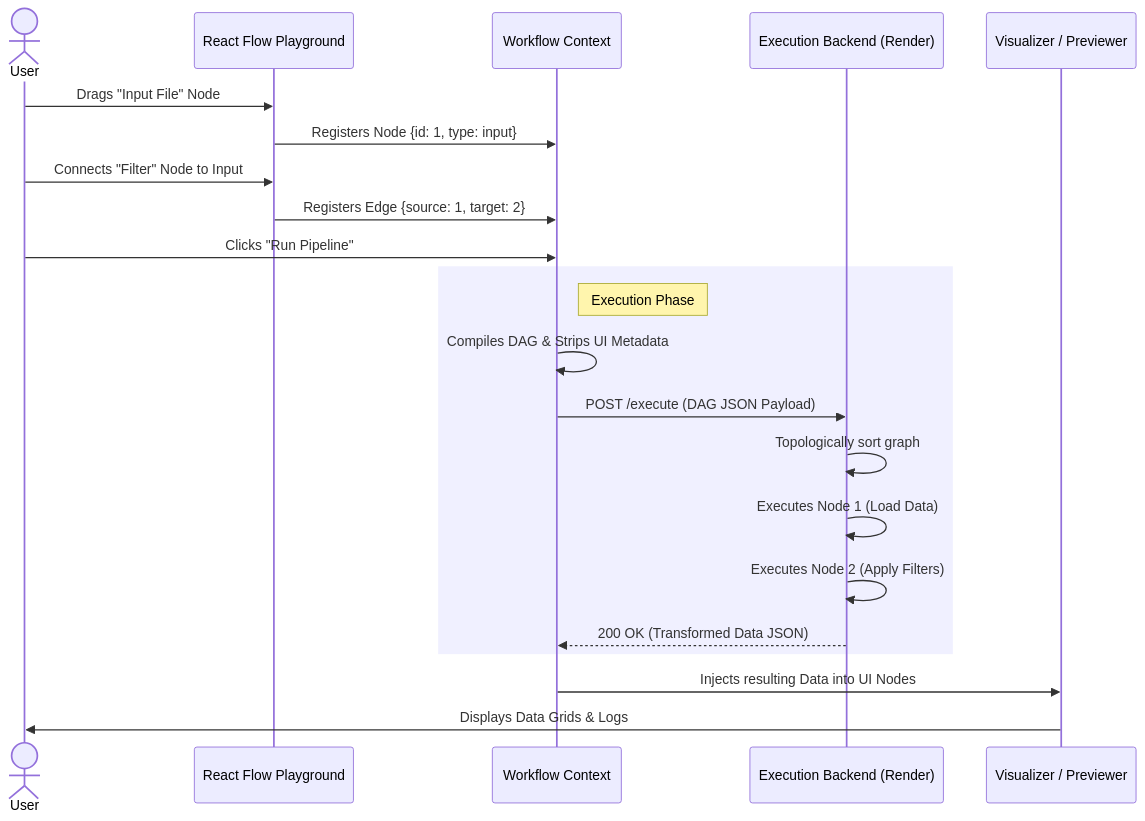
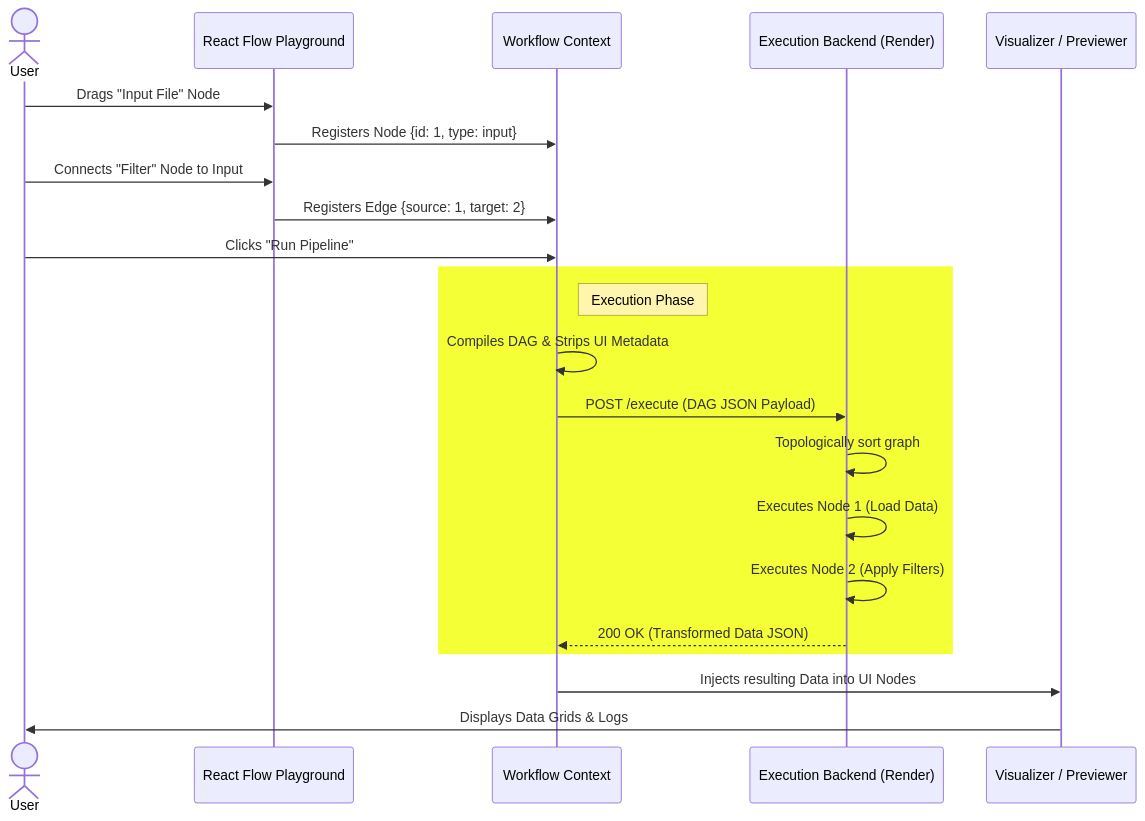
Before and after one commit to Luckyhunt/ETL-Workflow-Creator-using-Node-Based-Visual-Programming: the third of 8 diagrams in README.md, drawn with Mermaid.

Commit message:
updated color

````diff
--- a/README.md
+++ b/README.md
@@ -82,27 +82,27 @@
 ```mermaid
 sequenceDiagram
     actor User
     participant Canvas as React Flow Playground
     participant State as Workflow Context
     participant Engine as Execution Backend (Render)
     participant Output as Visualizer / Previewer
 
     User->>Canvas: Drags "Input File" Node
     Canvas->>State: Registers Node {id: 1, type: input}
     User->>Canvas: Connects "Filter" Node to Input
     Canvas->>State: Registers Edge {source: 1, target: 2}
     User->>State: Clicks "Run Pipeline"
     
-    rect rgb(240, 240, 255)
+    rect rgba(245, 255, 54, 1)
     note right of State: Execution Phase
     State->>State: Compiles DAG & Strips UI Metadata
     State->>Engine: POST /execute (DAG JSON Payload)
     Engine->>Engine: Topologically sort graph
     Engine->>Engine: Executes Node 1 (Load Data)
     Engine->>Engine: Executes Node 2 (Apply Filters)
     Engine-->>State: 200 OK (Transformed Data JSON)
     end
     
     State->>Output: Injects resulting Data into UI Nodes
     Output->>User: Displays Data Grids & Logs
 ```
````
